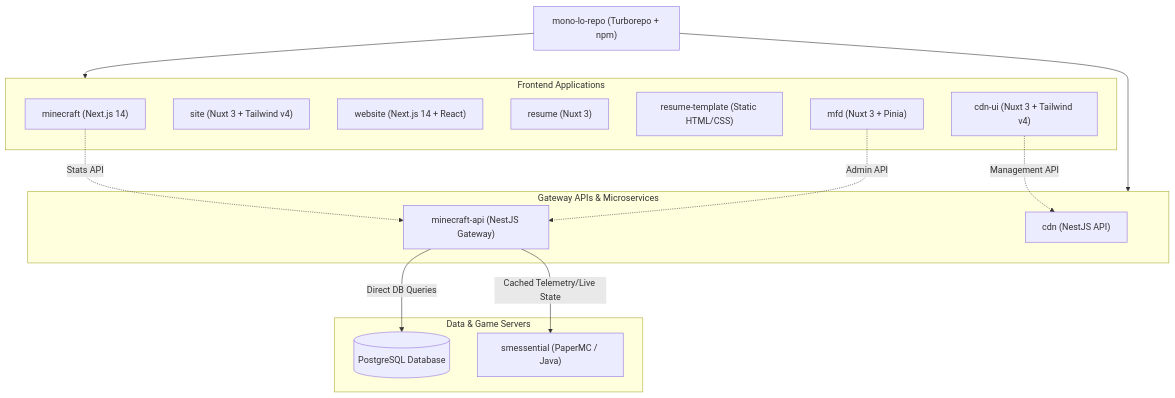
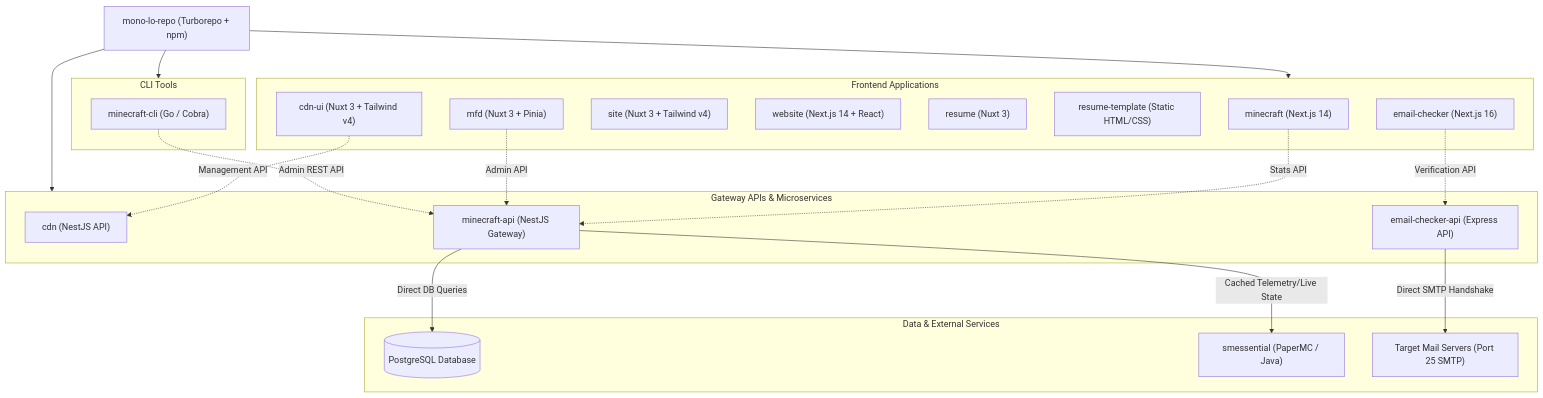
Before and after one commit to smonolo/mono-lo-repo: the diagram in README.md, drawn with Mermaid. The commit also changed other lines of this file and 1 other file, not shown here.

````diff
--- a/README.md
+++ b/README.md
@@ -43,32 +47,43 @@
 ```mermaid
 graph TD
     Root["mono-lo-repo (Turborepo + npm)"]
 
     subgraph Frontends["Frontend Applications"]
         MINECRAFT["minecraft (Next.js 14)"]
+        EMAIL_CHECKER["email-checker (Next.js 16)"]
         SITE["site (Nuxt 3 + Tailwind v4)"]
         WEBSITE["website (Next.js 14 + React)"]
         RESUME["resume (Nuxt 3)"]
         RESUME_TEMP["resume-template (Static HTML/CSS)"]
         MFD["mfd (Nuxt 3 + Pinia)"]
         CDN_UI["cdn-ui (Nuxt 3 + Tailwind v4)"]
     end
 
     subgraph Gateways["Gateway APIs & Microservices"]
         CDN["cdn (NestJS API)"]
         MC_API["minecraft-api (NestJS Gateway)"]
+        EMAIL_API["email-checker-api (Express API)"]
     end
 
-    subgraph StorageAndPlugin["Data & Game Servers"]
+    subgraph CLI["CLI Tools"]
+        MC_CLI["minecraft-cli (Go / Cobra)"]
+    end
+
+    subgraph StorageAndServices["Data & External Services"]
         PG[("PostgreSQL Database")]
         SMESSENTIAL["smessential (PaperMC / Java)"]
+        MX["Target Mail Servers (Port 25 SMTP)"]
     end
 
     Root --> Frontends
     Root --> Gateways
+    Root --> CLI
     MINECRAFT -. Stats API .-> MC_API
     MFD -. Admin API .-> MC_API
     CDN_UI -. Management API .-> CDN
+    EMAIL_CHECKER -. Verification API .-> EMAIL_API
+    MC_CLI -. Admin REST API .-> MC_API
     MC_API -->|Direct DB Queries| PG
     MC_API -->|Cached Telemetry/Live State| SMESSENTIAL
+    EMAIL_API -->|Direct SMTP Handshake| MX
 ```
````
